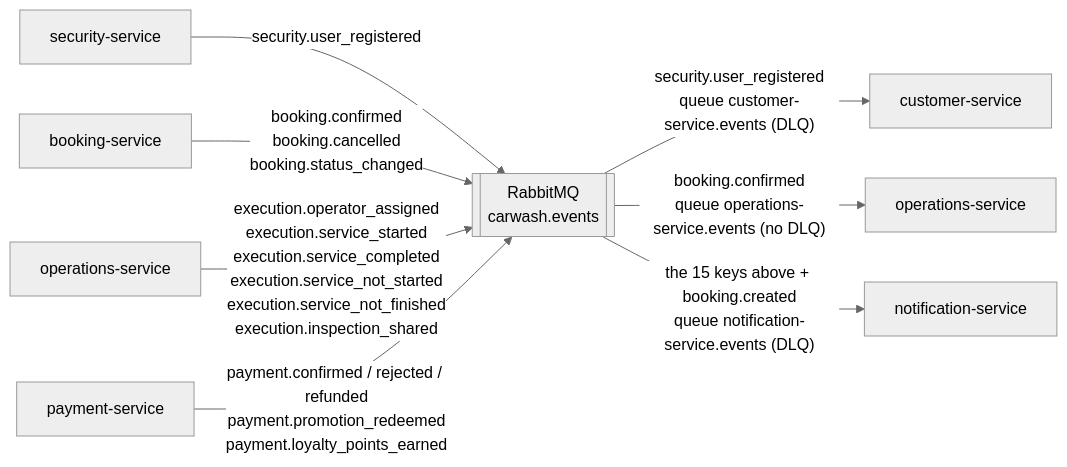
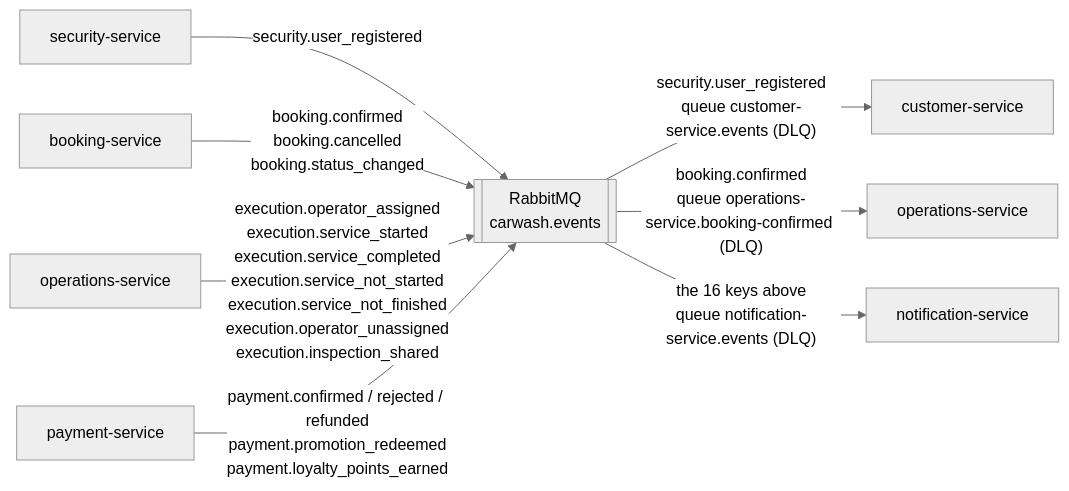
The third of 3 diagrams in 08-uml/diagrams/source/c2-containers.md (code-sena/vehicle-w-docs), drawn with Mermaid (neutral theme) before and after one commit. The commit also changed other lines of this file and 10 other files, not shown here.

````diff
--- a/08-uml/diagrams/source/c2-containers.md
+++ b/08-uml/diagrams/source/c2-containers.md
@@ -87,19 +87,19 @@
 ```mermaid
 flowchart LR
     security[security-service]
     booking[booking-service]
     operations[operations-service]
     payment[payment-service]
     rabbit[[RabbitMQ<br/>carwash.events]]
     customer2[customer-service]
     operations2[operations-service]
     notification[notification-service]
 
     security -- "security.user_registered" --> rabbit
     booking -- "booking.confirmed<br/>booking.cancelled<br/>booking.status_changed" --> rabbit
-    operations -- "execution.operator_assigned<br/>execution.service_started<br/>execution.service_completed<br/>execution.service_not_started<br/>execution.service_not_finished<br/>execution.inspection_shared" --> rabbit
+    operations -- "execution.operator_assigned<br/>execution.service_started<br/>execution.service_completed<br/>execution.service_not_started<br/>execution.service_not_finished<br/>execution.operator_unassigned<br/>execution.inspection_shared" --> rabbit
     payment -- "payment.confirmed / rejected / refunded<br/>payment.promotion_redeemed<br/>payment.loyalty_points_earned" --> rabbit
     rabbit -- "security.user_registered<br/>queue customer-service.events (DLQ)" --> customer2
-    rabbit -- "booking.confirmed<br/>queue operations-service.events (no DLQ)" --> operations2
-    rabbit -- "the 15 keys above + booking.created<br/>queue notification-service.events (DLQ)" --> notification
+    rabbit -- "booking.confirmed<br/>queue operations-service.booking-confirmed (DLQ)" --> operations2
+    rabbit -- "the 16 keys above<br/>queue notification-service.events (DLQ)" --> notification
 ```
````
